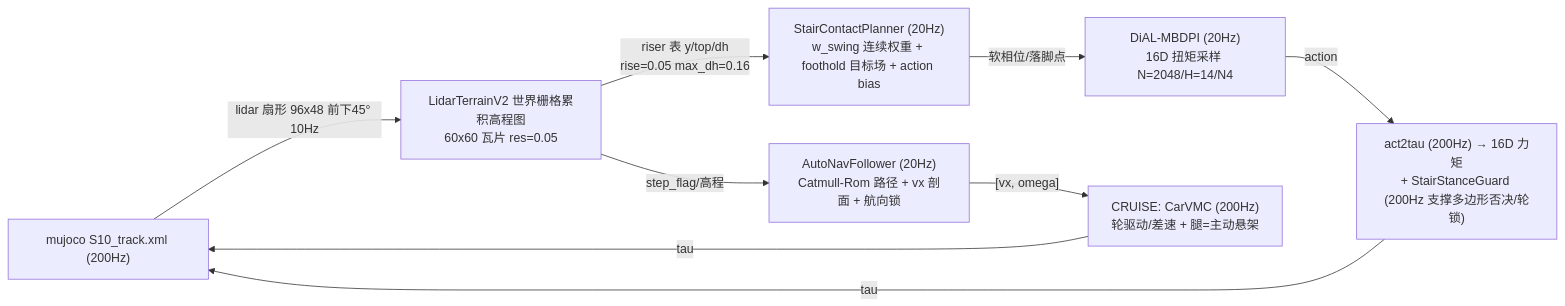
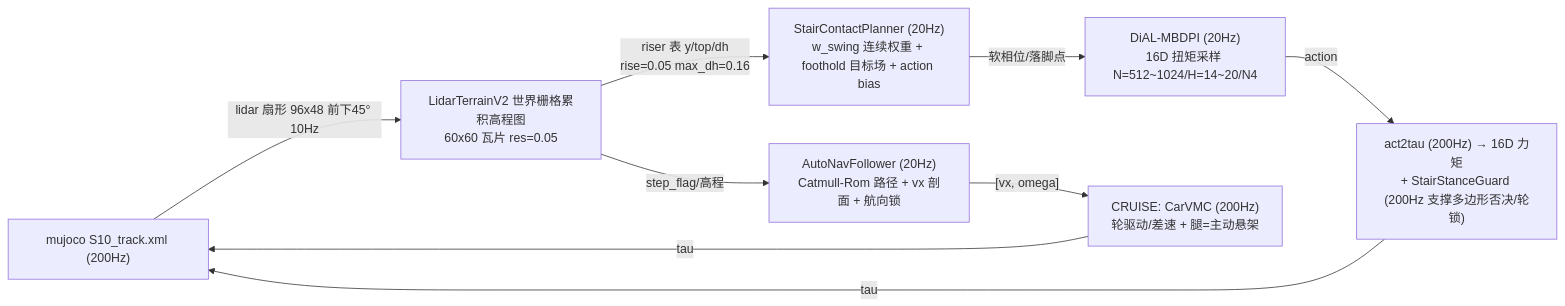
One commit to wangfanxin/deeprobot_competition changed the diagram in doc/方案总纲_MASTER.md. Above: the diagram before and after it, drawn with Mermaid. The commit also changed other lines of this file and 6 other files, not shown here.

````diff
--- a/doc/方案总纲_MASTER.md
+++ b/doc/方案总纲_MASTER.md
@@ -53,11 +53,11 @@
 ```mermaid
 graph LR
     S["mujoco S10_track.xml (200Hz)"] -->|"lidar 扇形 96x48 前下45° 10Hz"| L["LidarTerrainV2 世界栅格累积高程图<br/>60x60 瓦片 res=0.05"]
     L -->|"riser 表 y/top/dh<br/>rise=0.05 max_dh=0.16"| P["StairContactPlanner (20Hz)<br/>w_swing 连续权重 + foothold 目标场 + action bias"]
     L -->|"step_flag/高程"| N["AutoNavFollower (20Hz)<br/>Catmull-Rom 路径 + vx 剖面 + 航向锁"]
-    P -->|"软相位/落脚点"| D["DiAL-MBDPI (20Hz)<br/>16D 扭矩采样 N=2048/H=14/N4"]
+    P -->|"软相位/落脚点"| D["DiAL-MBDPI (20Hz)<br/>16D 扭矩采样 N=512~1024/H=14~20/N4"]
     N -->|"[vx, omega]"| C["CRUISE: CarVMC (200Hz)<br/>轮驱动/差速 + 腿=主动悬架"]
     D -->|"action"| T["act2tau (200Hz) → 16D 力矩<br/>+ StairStanceGuard (200Hz 支撑多边形否决/轮锁)"]
     C -->|"tau"| S
     T -->|"tau"| S
 ```
````
